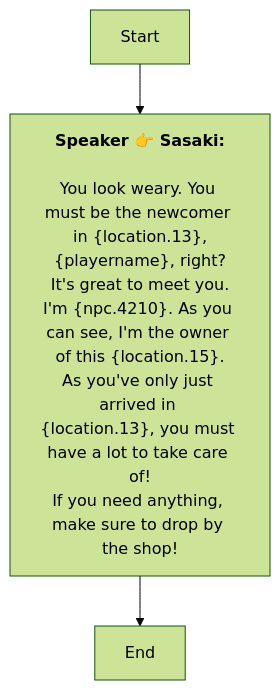
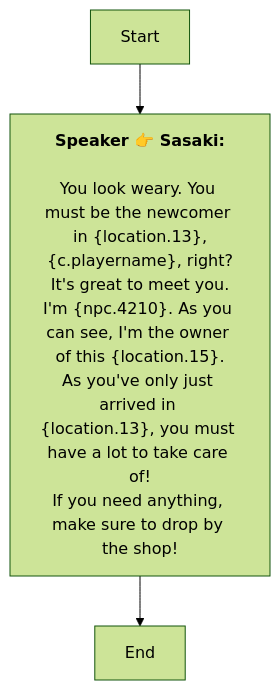
The diagram in En/AddDialogNode_1741913201187106.md (SoftHu/tos_avg), drawn with Mermaid (forest theme) before and after one commit. The commit also changed 410 other files, not shown here.

````diff
--- a/En/AddDialogNode_1741913201187106.md
+++ b/En/AddDialogNode_1741913201187106.md
@@ -1,10 +1,10 @@
 ```mermaid
 graph
 Start -->1741913256429861[<b>Speaker 👉 Sasaki:</b>
 \nYou look weary. You must be the newcomer in &lbrace;location.13&rbrace;,
-&lbrace;playername&rbrace;, right?
+&lbrace;c.playername&rbrace;, right?
 It's great to meet you.\nI'm &lbrace;npc.4210&rbrace;. As you can see, I'm the owner of this &lbrace;location.15&rbrace;.\nAs you've only just arrived in &lbrace;location.13&rbrace;, you must have a lot to take care of!
 If you need anything, make sure to drop by the shop!]
 1741913256429861 -->1741913522488614[End]
 
 ```
````
